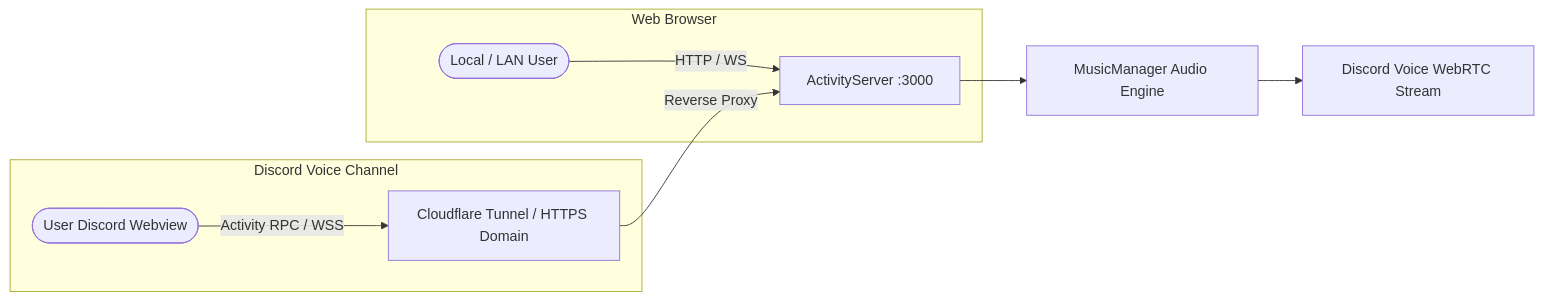
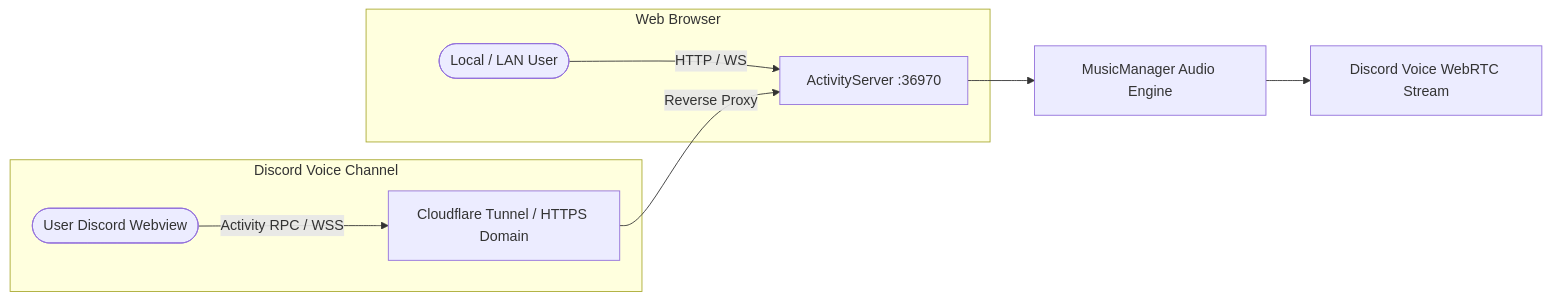
One commit to Luxaztk/Cross-Platform-Music-Player-App changed the diagram in apps/bot/README.md. Above: the diagram before and after it, drawn with Mermaid. The commit also changed other lines of this file and 19 other files, not shown here.

````diff
--- a/apps/bot/README.md
+++ b/apps/bot/README.md
@@ -67,14 +67,14 @@
 ```mermaid
 flowchart LR
     subgraph Discord_Voice [Discord Voice Channel]
         User1([User Discord Webview]) -->|Activity RPC / WSS| CloudflareTunnel[Cloudflare Tunnel / HTTPS Domain]
     end
 
     subgraph Browser_Web [Web Browser]
         User2([Local / LAN User]) -->|HTTP / WS| ActivityServer
     end
 
-    CloudflareTunnel -->|Reverse Proxy| ActivityServer[ActivityServer :3000]
+    CloudflareTunnel -->|Reverse Proxy| ActivityServer[ActivityServer :36970]
     ActivityServer --> MusicManager[MusicManager Audio Engine]
     MusicManager --> DiscordVoice[Discord Voice WebRTC Stream]
 ```
````
